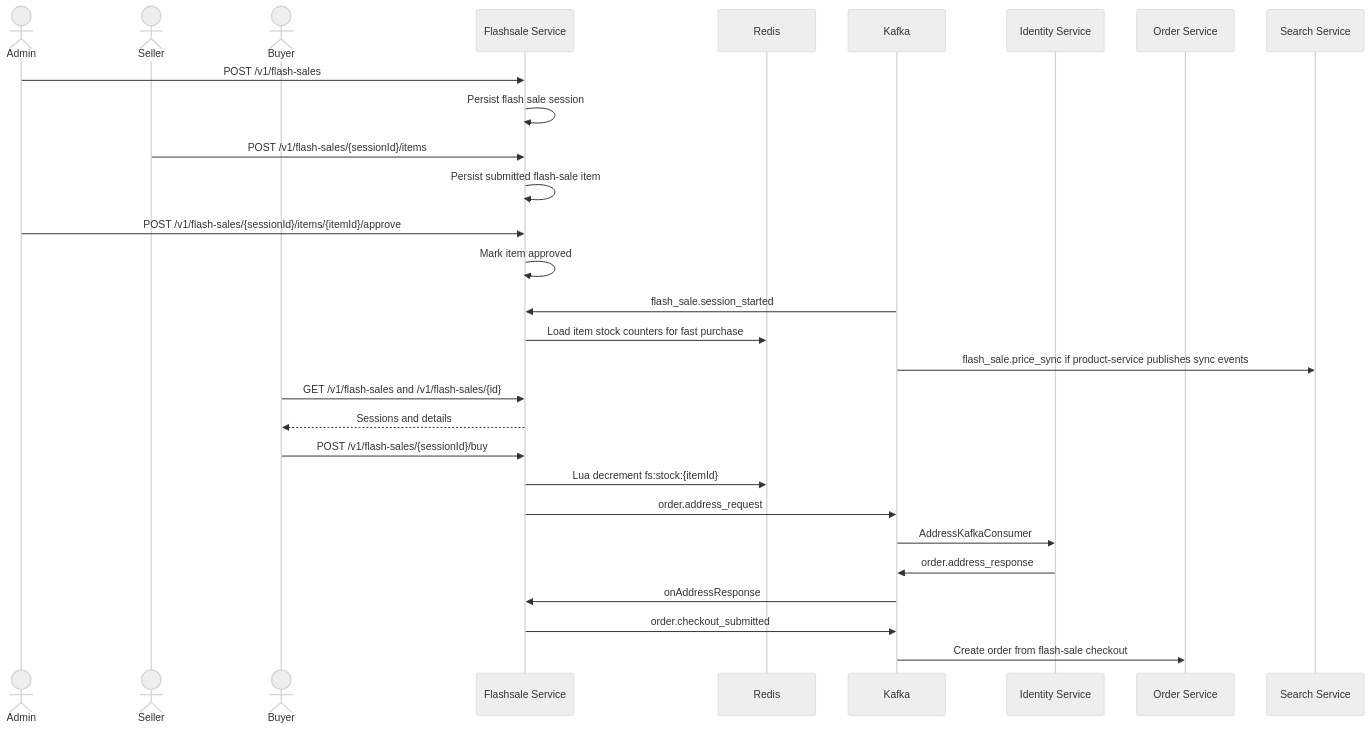
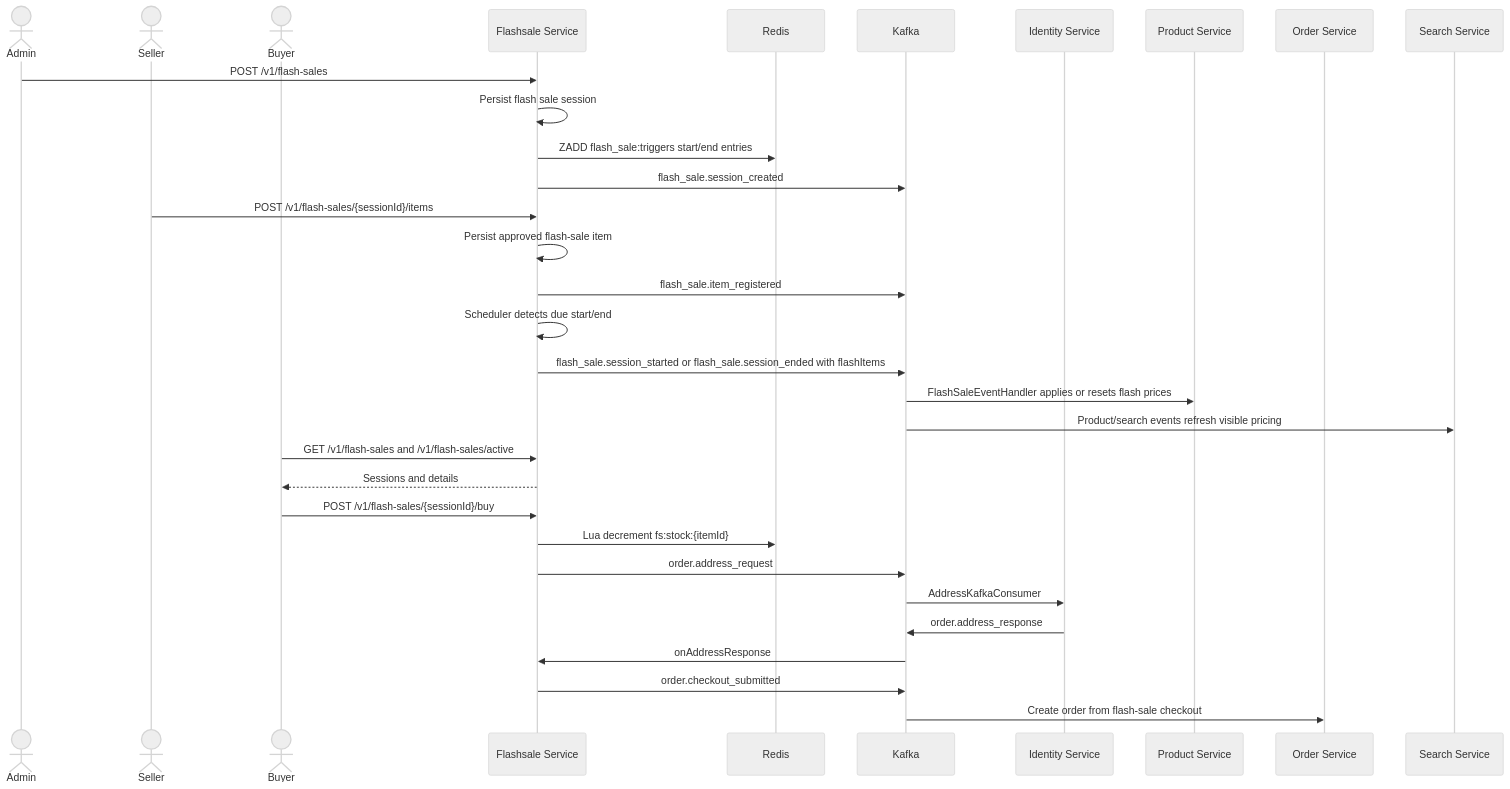
The diagram in documents/flows/flashsale-service/flow-flashsale-session-purchase.md (ldqanh1408/stealing-from-paradise), drawn with Mermaid (neutral theme) before and after one commit. The commit also changed other lines of this file and 324 other files, not shown here.

Commit message:
Update document metadata dates for use cases across order, payment, product, refund, and search services to 2026-06-09.

````diff
--- a/documents/flows/flashsale-service/flow-flashsale-session-purchase.md
+++ b/documents/flows/flashsale-service/flow-flashsale-session-purchase.md
@@ -15,34 +15,38 @@
 ```mermaid
 sequenceDiagram
     actor Admin
     actor Seller
     actor Buyer
     participant FS as Flashsale Service
     participant Redis as Redis
     participant Kafka as Kafka
     participant Identity as Identity Service
+    participant Product as Product Service
     participant Order as Order Service
     participant Search as Search Service
 
     Admin->>FS: POST /v1/flash-sales
     FS->>FS: Persist flash sale session
+    FS->>Redis: ZADD flash_sale:triggers start/end entries
+    FS->>Kafka: flash_sale.session_created
+
     Seller->>FS: POST /v1/flash-sales/{sessionId}/items
-    FS->>FS: Persist submitted flash-sale item
-    Admin->>FS: POST /v1/flash-sales/{sessionId}/items/{itemId}/approve
-    FS->>FS: Mark item approved
+    FS->>FS: Persist approved flash-sale item
+    FS->>Kafka: flash_sale.item_registered
 
-    Kafka->>FS: flash_sale.session_started
-    FS->>Redis: Load item stock counters for fast purchase
-    Kafka->>Search: flash_sale.price_sync if product-service publishes sync events
+    FS->>FS: Scheduler detects due start/end
+    FS->>Kafka: flash_sale.session_started or flash_sale.session_ended with flashItems
+    Kafka->>Product: FlashSaleEventHandler applies or resets flash prices
+    Kafka->>Search: Product/search events refresh visible pricing
 
-    Buyer->>FS: GET /v1/flash-sales and /v1/flash-sales/{id}
+    Buyer->>FS: GET /v1/flash-sales and /v1/flash-sales/active
     FS-->>Buyer: Sessions and details
     Buyer->>FS: POST /v1/flash-sales/{sessionId}/buy
     FS->>Redis: Lua decrement fs:stock:{itemId}
     FS->>Kafka: order.address_request
     Kafka->>Identity: AddressKafkaConsumer
     Identity->>Kafka: order.address_response
     Kafka->>FS: onAddressResponse
     FS->>Kafka: order.checkout_submitted
     Kafka->>Order: Create order from flash-sale checkout
 ```
````
